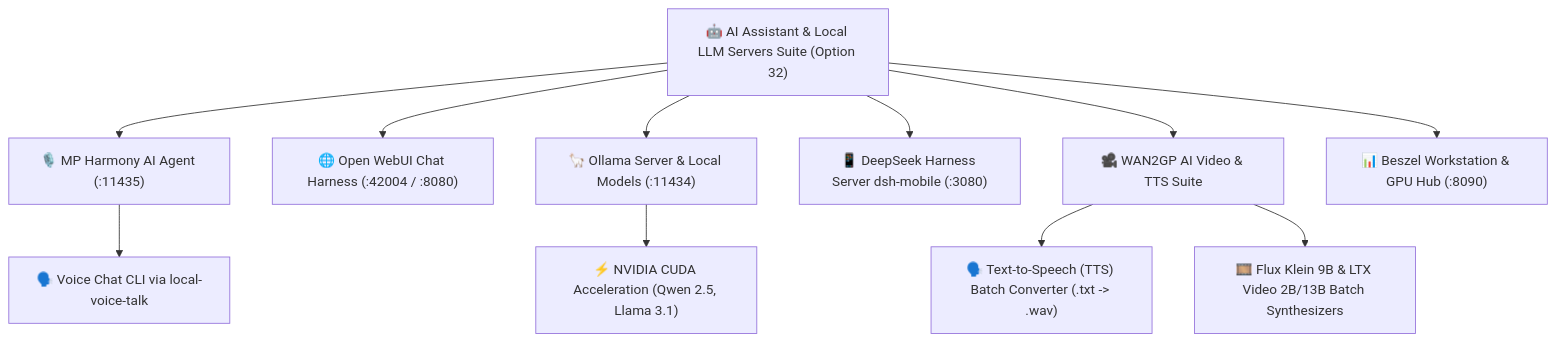
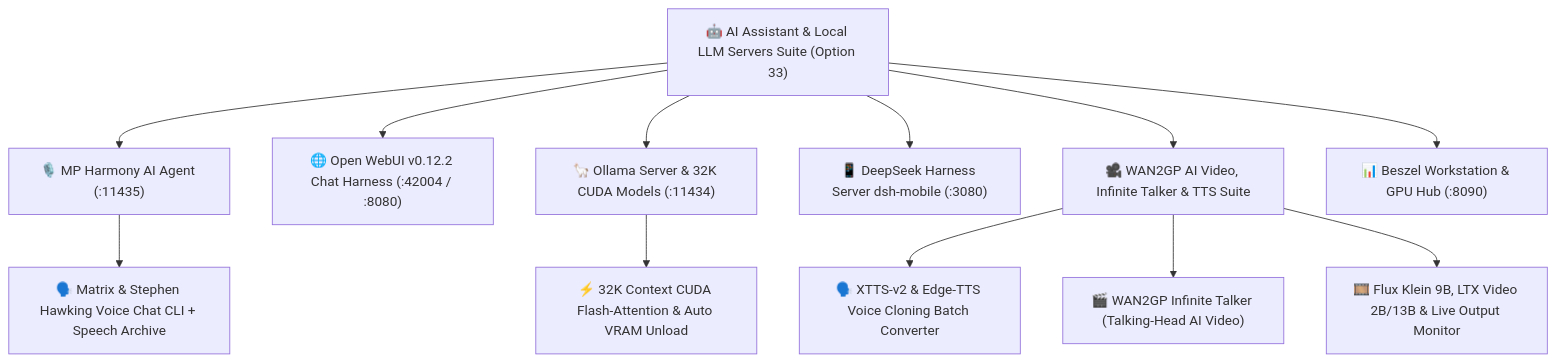
The sixth of 11 diagrams in README.md (MPlanetarian/MPMixManager_v0.4-x64), drawn with Mermaid before and after one commit. The commit also changed other lines of this file and 5 other files, not shown here.

````diff
--- a/README.md
+++ b/README.md
@@ -211,13 +239,14 @@
 ```mermaid
 flowchart TD
-    A["🤖 AI Assistant & Local LLM Servers Suite (Option 32)"] --> B["🎙️ MP Harmony AI Agent (:11435)"]
-    A --> C["🌐 Open WebUI Chat Harness (:42004 / :8080)"]
-    A --> D["🦙 Ollama Server & Local Models (:11434)"]
+    A["🤖 AI Assistant & Local LLM Servers Suite (Option 33)"] --> B["🎙️ MP Harmony AI Agent (:11435)"]
+    A --> C["🌐 Open WebUI v0.12.2 Chat Harness (:42004 / :8080)"]
+    A --> D["🦙 Ollama Server & 32K CUDA Models (:11434)"]
     A --> E["📱 DeepSeek Harness Server dsh-mobile (:3080)"]
-    A --> F["🎥 WAN2GP AI Video & TTS Suite"]
+    A --> F["🎥 WAN2GP AI Video, Infinite Talker & TTS Suite"]
     A --> G["📊 Beszel Workstation & GPU Hub (:8090)"]
-    B --> B1["🗣️ Voice Chat CLI via local-voice-talk"]
-    D --> D1["⚡ NVIDIA CUDA Acceleration (Qwen 2.5, Llama 3.1)"]
-    F --> F1["🗣️ Text-to-Speech (TTS) Batch Converter (.txt -> .wav)"]
-    F --> F2["🎞️ Flux Klein 9B & LTX Video 2B/13B Batch Synthesizers"]
+    B --> B1["🗣️ Matrix & Stephen Hawking Voice Chat CLI + Speech Archive"]
+    D --> D1["⚡ 32K Context CUDA Flash-Attention & Auto VRAM Unload"]
+    F --> F1["🗣️ XTTS-v2 & Edge-TTS Voice Cloning Batch Converter"]
+    F --> F2["🎬 WAN2GP Infinite Talker (Talking-Head AI Video)"]
+    F --> F3["🎞️ Flux Klein 9B, LTX Video 2B/13B & Live Output Monitor"]
 ```
````
